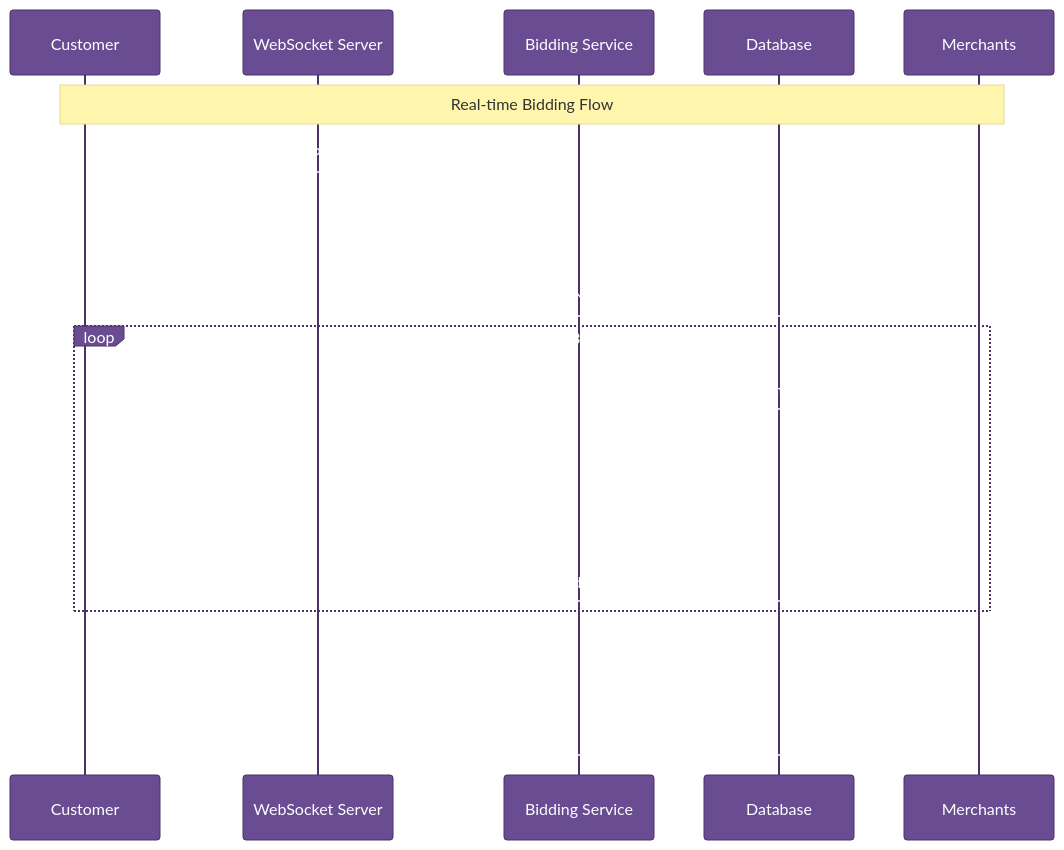
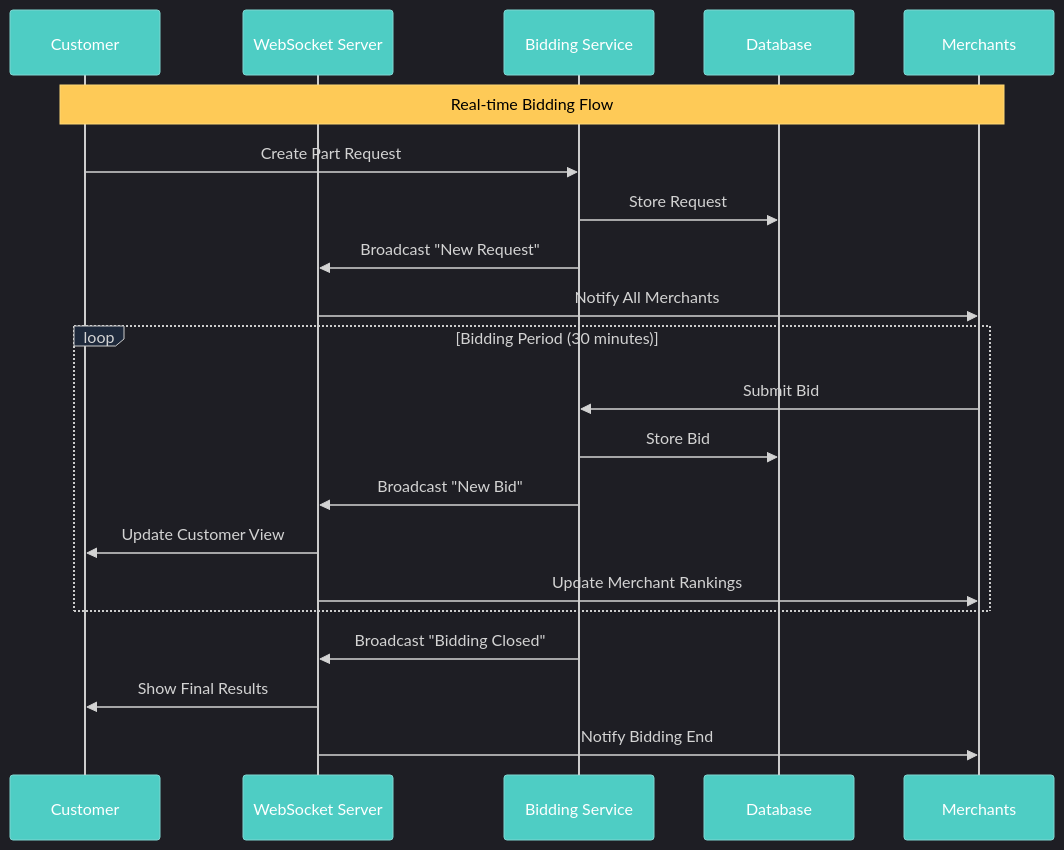
The second of 2 diagrams in DEEP_DETAILED_ANALYSIS_PLAN.md (abdoElHodaky/larvrevrstender), drawn with Mermaid before and after one commit. The commit also changed other lines of this file and 1 other file, not shown here.

Commit message:
feat: Update additional planning document diagrams with unified dark theme
✨ Updated diagrams in planning/documentation files:

📄 DEEP_DETAILED_ANALYSIS_PLAN.md (2/2 diagrams - COMPLETE):
- Business Model Analysis flowchart (updated from orange light theme)
- Real-time Bidding System sequence diagram (updated from purple light theme)

📄 Reverse Tender_implementation_plan.md (6/12 diagrams - IN PROGRESS):
- Microservices Architecture Overview
- Business Model Canvas
- Business Process Flow (sequence diagram with enhanced actor/note styling)
- Revenue Model Breakdown (pie chart)
- Customer Journey Map
- Authentication Flow (sequence diagram)

🎨 Applied unified dark theme with:
- Dark navy background (#0F172A)
- Vibrant color palette (red-orange, electric blue, mint green, golden yellow)
- Enhanced sequence diagram styling (bright teal actors, golden notes)
- Bold stroke weights and professional appearance
- Consistent theme variables across all diagram types

🔄 Remaining: 6 more diagrams in implementation plan to complete 100% coverage

````diff
--- a/DEEP_DETAILED_ANALYSIS_PLAN.md
+++ b/DEEP_DETAILED_ANALYSIS_PLAN.md
@@ -159,39 +162,51 @@
 ```mermaid
 %%{init: {
-  'theme': 'base',
+  'theme': 'dark',
   'themeVariables': {
-    'primaryColor': '#6A4C93',
-    'primaryTextColor': '#ffffff',
-    'primaryBorderColor': '#4a3269',
-    'lineColor': '#9D7FFF',
-    'secondaryColor': '#E6CCFF',
-    'tertiaryColor': '#C8A2C8',
-    'background': '#ffffff'
+    'primaryColor': '#FF6B6B',
+    'primaryTextColor': '#FFFFFF',
+    'primaryBorderColor': '#FF8E8E',
+    'lineColor': '#4ECDC4',
+    'secondaryColor': '#45B7D1',
+    'tertiaryColor': '#96CEB4',
+    'background': '#0F172A',
+    'mainBkg': '#1E293B',
+    'secondBkg': '#334155',
+    'tertiaryBkg': '#475569',
+    'actorBkg': '#4ECDC4',
+    'actorBorder': '#7ED6D1',
+    'actorTextColor': '#FFFFFF',
+    'activationBkgColor': '#45B7D1',
+    'activationBorderColor': '#6BC5E8',
+    'noteBkgColor': '#FECA57',
+    'noteTextColor': '#000000',
+    'noteBorderColor': '#FED876',
+    'sequenceNumberColor': '#FFFFFF'
   }
 }}%%
 sequenceDiagram
     participant C as Customer
     participant WS as WebSocket Server
     participant BS as Bidding Service
     participant DB as Database
     participant M as Merchants
     
     Note over C,M: Real-time Bidding Flow
     
     C->>BS: Create Part Request
     BS->>DB: Store Request
     BS->>WS: Broadcast "New Request"
     WS->>M: Notify All Merchants
     
     loop Bidding Period (30 minutes)
         M->>BS: Submit Bid
         BS->>DB: Store Bid
         BS->>WS: Broadcast "New Bid"
         WS->>C: Update Customer View
         WS->>M: Update Merchant Rankings
     end
     
     BS->>WS: Broadcast "Bidding Closed"
     WS->>C: Show Final Results
     WS->>M: Notify Bidding End
 ```
````
